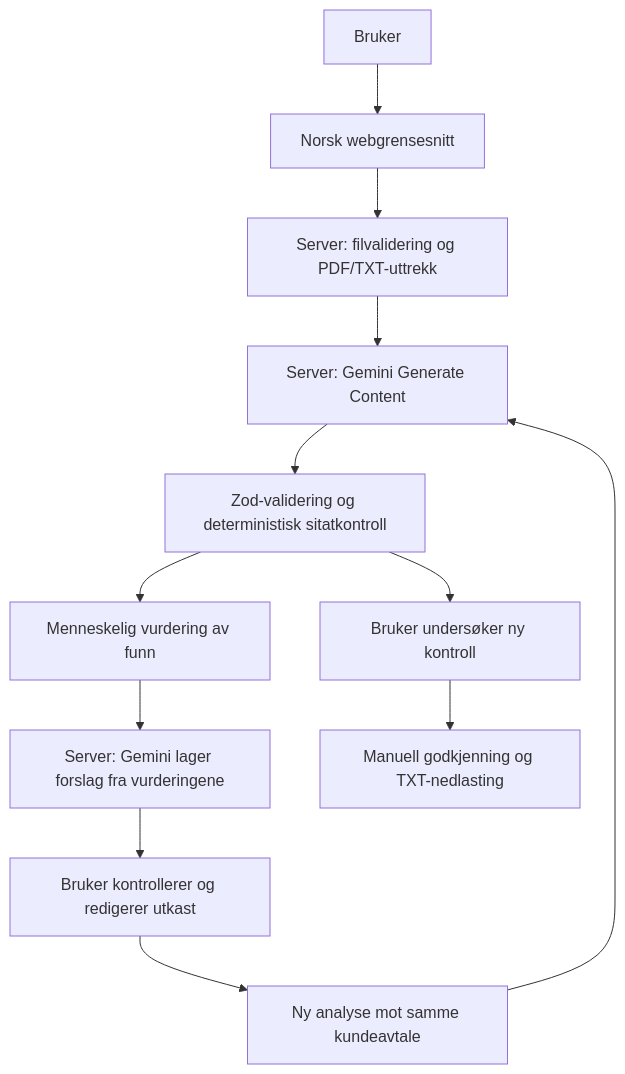
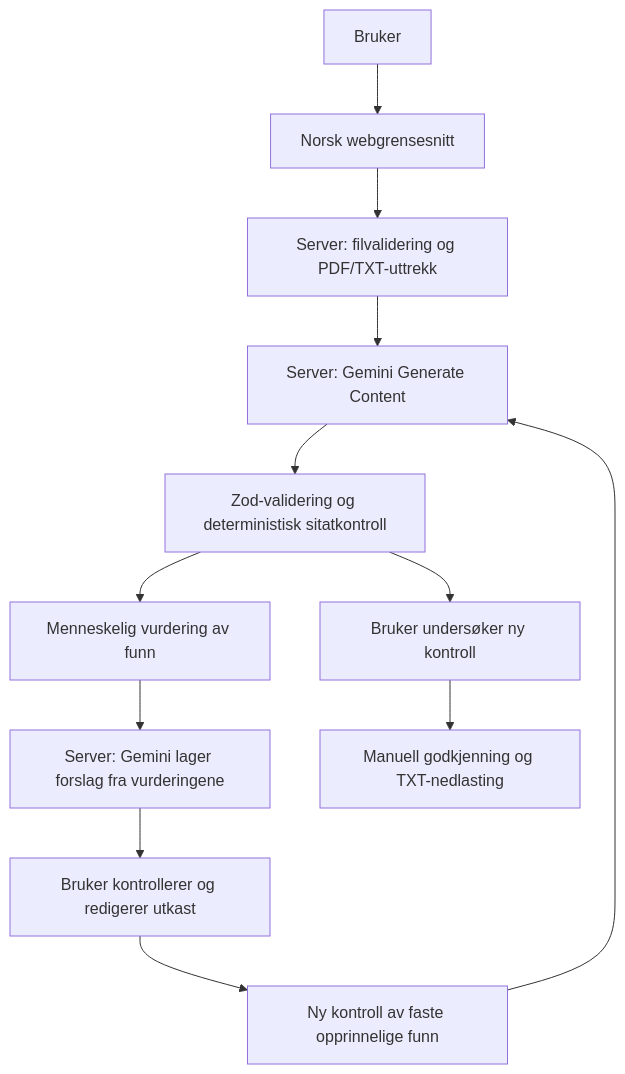
One commit to Ob1005/handover-ai changed the diagram in README.md. Above: the diagram before and after it, drawn with Mermaid. The commit also changed other lines of this file and 33 other files, not shown here.

````diff
--- a/README.md
+++ b/README.md
@@ -51,14 +73,14 @@
 ```mermaid
 flowchart TD
     U[Bruker] --> W[Norsk webgrensesnitt]
     W --> P[Server: filvalidering og PDF/TXT-uttrekk]
     P --> G[Server: Gemini Generate Content]
     G --> V[Zod-validering og deterministisk sitatkontroll]
     V --> H[Menneskelig vurdering av funn]
     H --> D[Server: Gemini lager forslag fra vurderingene]
     D --> E[Bruker kontrollerer og redigerer utkast]
-    E --> R[Ny analyse mot samme kundeavtale]
+    E --> R[Ny kontroll av faste opprinnelige funn]
     R --> G
     V --> C[Bruker undersøker ny kontroll]
     C --> A[Manuell godkjenning og TXT-nedlasting]
 ```
````
